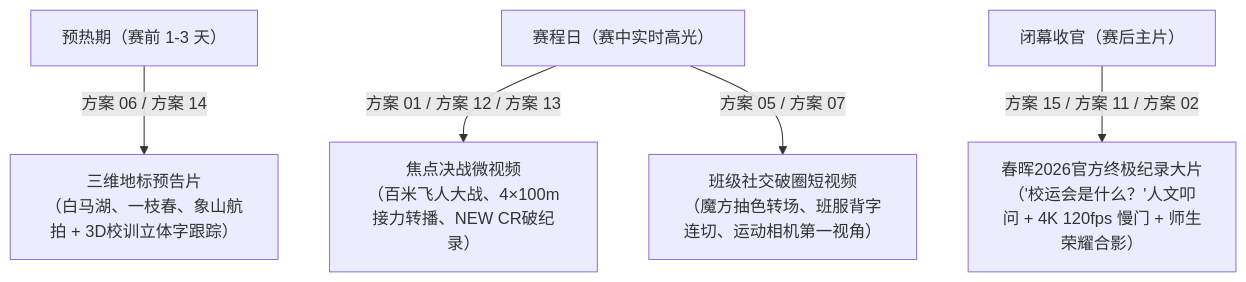
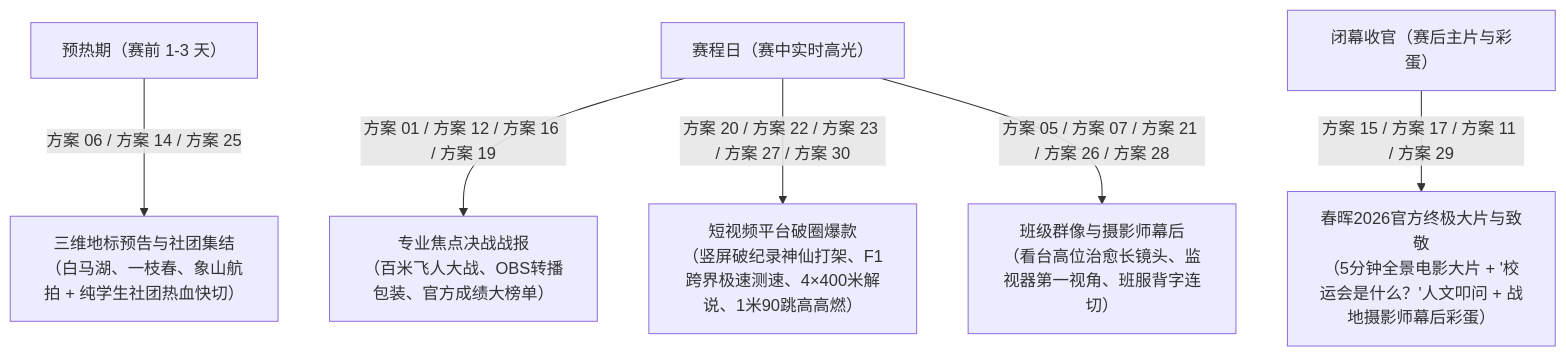
The diagram in 参考视频脚本/README.md (RS114514/2026SportsMeet), drawn with Mermaid before and after one commit. The commit also changed other lines of this file and 15 other files, not shown here.

````diff
--- a/参考视频脚本/README.md
+++ b/参考视频脚本/README.md
@@ -33,7 +48,8 @@
 ```mermaid
 flowchart TD
-    A["预热期（赛前 1-3 天）"] -->|方案 06 / 方案 14| B["三维地标预告片<br>（白马湖、一枝春、象山航拍 + 3D校训立体字跟踪）"]
-    C["赛程日（赛中实时高光）"] -->|方案 01 / 方案 12 / 方案 13| D["焦点决战微视频<br>（百米飞人大战、4×100m接力转播、NEW CR破纪录）"]
-    C -->|方案 05 / 方案 07| E["班级社交破圈短视频<br>（魔方抽色转场、班服背字连切、运动相机第一视角）"]
-    F["闭幕收官（赛后主片）"] -->|方案 15 / 方案 11 / 方案 02| G["春晖2026官方终极纪录大片<br>（'校运会是什么？'人文叩问 + 4K 120fps 慢门 + 师生荣耀合影）"]
+    A["预热期（赛前 1-3 天）"] -->|方案 06 / 方案 14 / 方案 25| B["三维地标预告与社团集结<br>（白马湖、一枝春、象山航拍 + 纯学生社团热血快切）"]
+    C["赛程日（赛中实时高光）"] -->|方案 01 / 方案 12 / 方案 16 / 方案 19| D["专业焦点决战战报<br>（百米飞人大战、OBS转播包装、官方成绩大榜单）"]
+    C -->|方案 20 / 方案 22 / 方案 23 / 方案 27 / 方案 30| E["短视频平台破圈爆款<br>（竖屏破纪录神仙打架、F1跨界极速测速、4×400米解说、1米90跳高高燃）"]
+    C -->|方案 05 / 方案 07 / 方案 21 / 方案 26 / 方案 28| F["班级群像与摄影师幕后<br>（看台高位治愈长镜头、监视器第一视角、班服背字连切）"]
+    G["闭幕收官（赛后主片与彩蛋）"] -->|方案 15 / 方案 17 / 方案 11 / 方案 29| H["春晖2026官方终极大片与致敬<br>（5分钟全景电影大片 + '校运会是什么？'人文叩问 + 战地摄影师幕后彩蛋）"]
 ```
````
